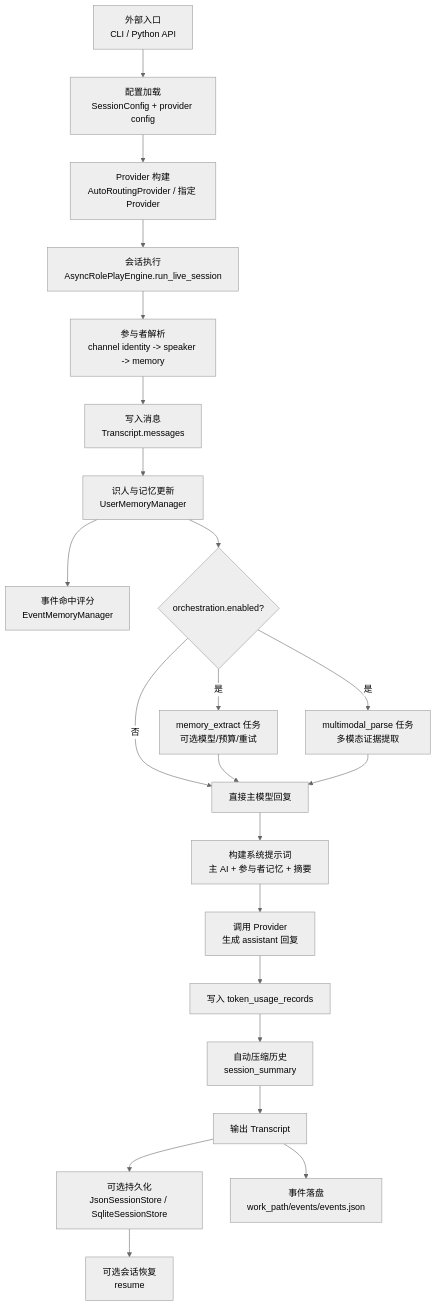
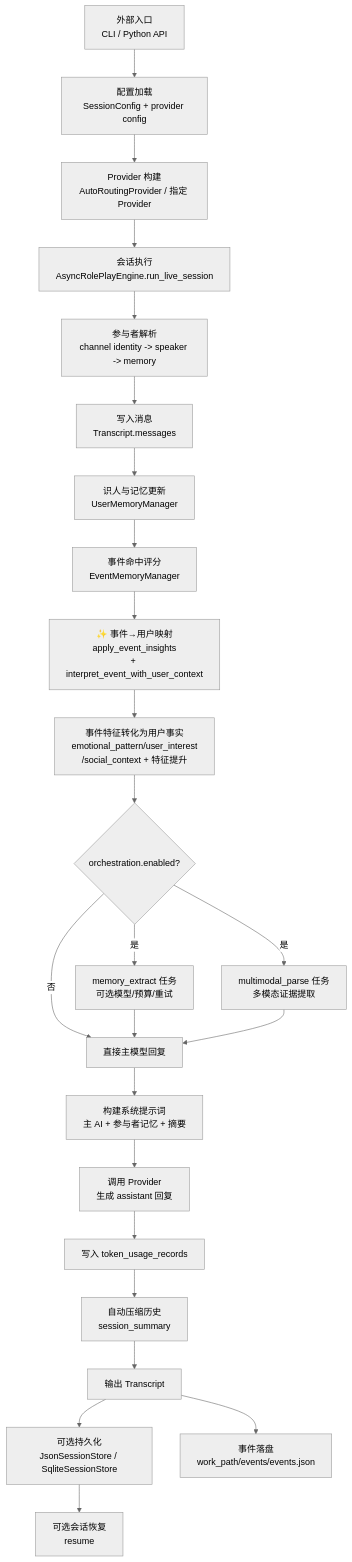
The first of 2 diagrams in docs/full-architecture-flow.md (Sparrived/SiriusChat), drawn with Mermaid (neutral theme) before and after one commit. The commit also changed 3 other files, not shown here.

````diff
--- a/docs/full-architecture-flow.md
+++ b/docs/full-architecture-flow.md
@@ -12,28 +12,31 @@
 ```mermaid
 flowchart TD
     A[外部入口\nCLI / Python API] --> B[配置加载\nSessionConfig + provider config]
     B --> C[Provider 构建\nAutoRoutingProvider / 指定 Provider]
     C --> D[会话执行\nAsyncRolePlayEngine.run_live_session]
 
     D --> E[参与者解析\nchannel identity -> speaker -> memory]
     E --> F[写入消息\nTranscript.messages]
     F --> G[识人与记忆更新\nUserMemoryManager]
     G --> G2[事件命中评分\nEventMemoryManager]
+    
+    G2 --> G3[✨ 事件→用户映射\napply_event_insights\n+ interpret_event_with_user_context]
+    G3 --> G4[事件特征转化为用户事实\nemotional_pattern/user_interest\n/social_context + 特征提升]
 
-    G --> H{orchestration.enabled?}
+    G4 --> H{orchestration.enabled?}
     H -- 是 --> I[memory_extract 任务\n可选模型/预算/重试]
     H -- 是 --> J[multimodal_parse 任务\n多模态证据提取]
     H -- 否 --> K[直接主模型回复]
     I --> K
     J --> K
 
     K --> L[构建系统提示词\n主 AI + 参与者记忆 + 摘要]
     L --> M[调用 Provider\n生成 assistant 回复]
     M --> N[写入 token_usage_records]
     N --> O[自动压缩历史\nsession_summary]
     O --> P[输出 Transcript]
 
     P --> Q[可选持久化\nJsonSessionStore / SqliteSessionStore]
     P --> Q2[事件落盘\nwork_path/events/events.json]
     Q --> R[可选会话恢复\nresume]
 ```
````
